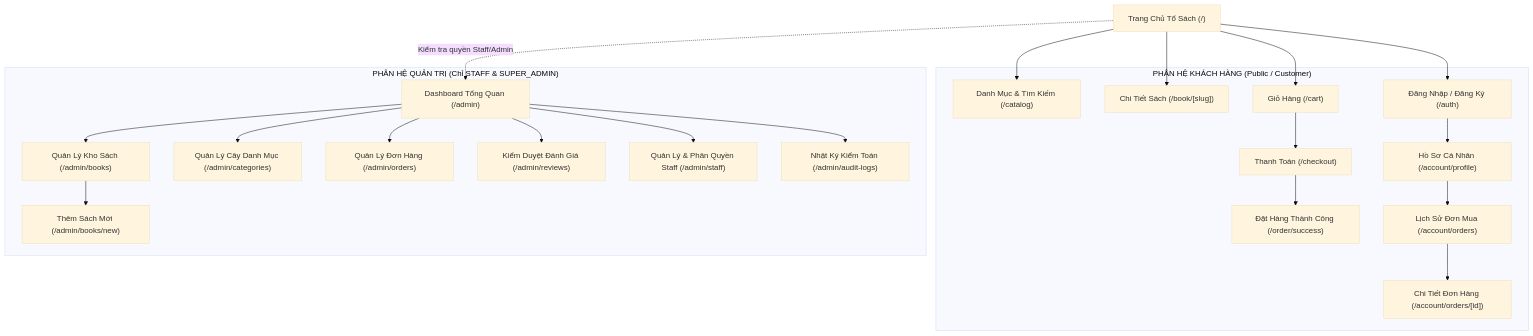
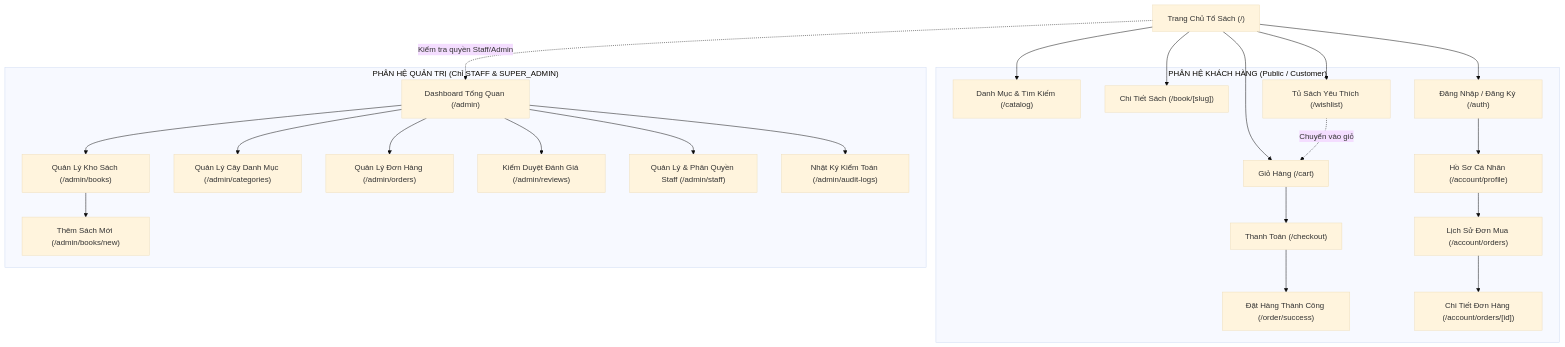
Before and after one commit to HannhhDangg/DALN-CNTT-1-1-26-N02_E-commerce-Book-Store: diagram 14 of 14 in DOCS_KIEN_TRUC_SO_DO_BAO_CAO.md, drawn with Mermaid (base theme). The commit also changed other lines of this file and 1 other file, not shown here.

````diff
--- a/DOCS_KIEN_TRUC_SO_DO_BAO_CAO.md
+++ b/DOCS_KIEN_TRUC_SO_DO_BAO_CAO.md
@@ -645,49 +651,52 @@
 ```mermaid
 graph TD
     Root["Trang Chủ Tổ Sách (/)"]
 
     subgraph PublicRoutes["PHÂN HỆ KHÁCH HÀNG (Public / Customer)"]
         Catalog["Danh Mục & Tìm Kiếm (/catalog)"]
         BookDetail["Chi Tiết Sách (/book/[slug])"]
+        Wishlist["Tủ Sách Yêu Thích (/wishlist)"]
         Cart["Giỏ Hàng (/cart)"]
         Checkout["Thanh Toán (/checkout)"]
         OrderSuccess["Đặt Hàng Thành Công (/order/success)"]
         Auth["Đăng Nhập / Đăng Ký (/auth)"]
         
         Profile["Hồ Sơ Cá Nhân (/account/profile)"]
         Orders["Lịch Sử Đơn Mua (/account/orders)"]
         OrderDetail["Chi Tiết Đơn Hàng (/account/orders/[id])"]
     end
 
     subgraph AdminRoutes["PHÂN HỆ QUẢN TRỊ (Chỉ STAFF & SUPER_ADMIN)"]
         AdminRoot["Dashboard Tổng Quan (/admin)"]
         AdminBooks["Quản Lý Kho Sách (/admin/books)"]
         AdminNewBook["Thêm Sách Mới (/admin/books/new)"]
         AdminCategories["Quản Lý Cây Danh Mục (/admin/categories)"]
         AdminOrders["Quản Lý Đơn Hàng (/admin/orders)"]
         AdminReviews["Kiểm Duyệt Đánh Giá (/admin/reviews)"]
         AdminStaff["Quản Lý & Phân Quyền Staff (/admin/staff)"]
         AdminAudit["Nhật Ký Kiểm Toán (/admin/audit-logs)"]
     end
 
     Root --> Catalog
     Root --> BookDetail
+    Root --> Wishlist
     Root --> Cart
     Root --> Auth
     
+    Wishlist -.->|Chuyển vào giỏ| Cart
     Cart --> Checkout
     Checkout --> OrderSuccess
     
     Auth --> Profile
     Profile --> Orders
     Orders --> OrderDetail
 
     Root -.->|Kiểm tra quyền Staff/Admin| AdminRoot
     AdminRoot --> AdminBooks
     AdminBooks --> AdminNewBook
     AdminRoot --> AdminCategories
     AdminRoot --> AdminOrders
     AdminRoot --> AdminReviews
     AdminRoot --> AdminStaff
     AdminRoot --> AdminAudit
 ```
````
